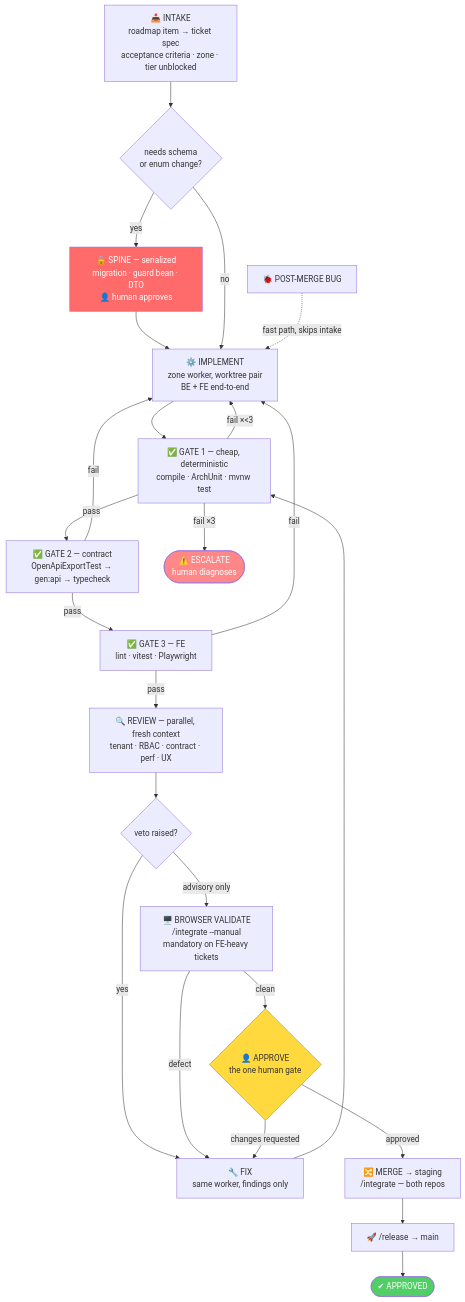
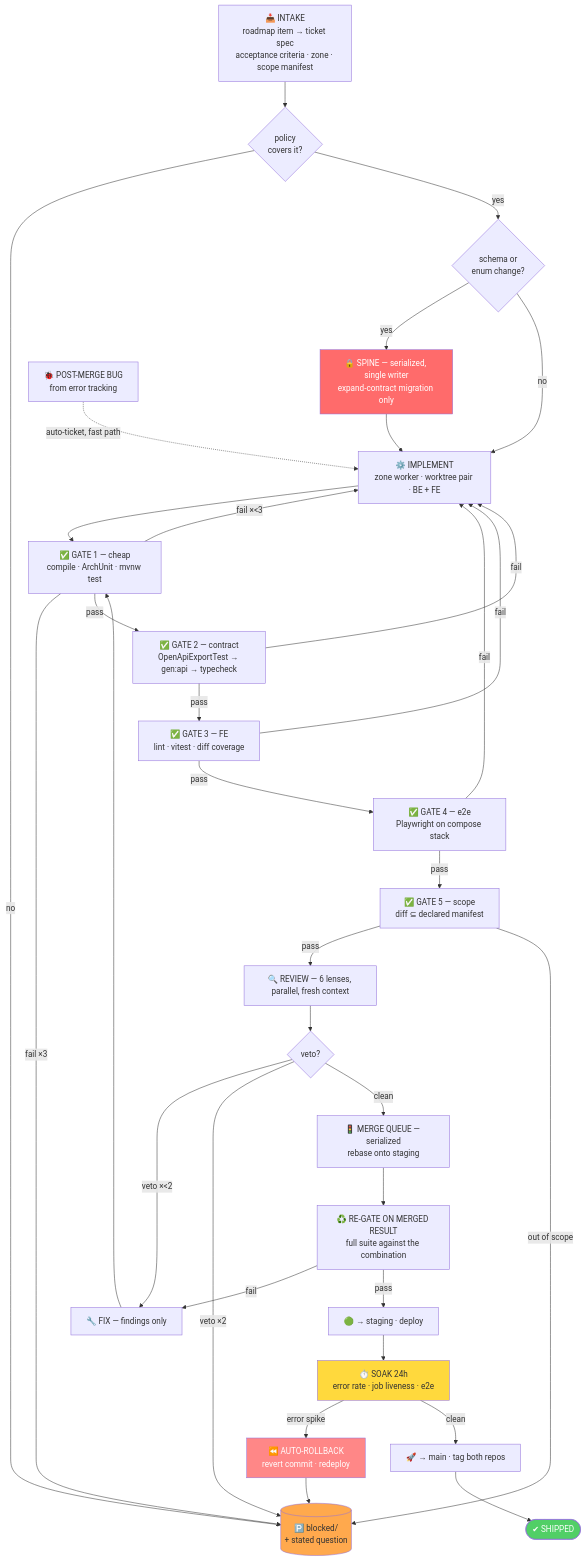
One commit to murad-asaad19/BVisionRY-be-v2 changed the second of 3 diagrams in docs/agent-execution-graph.md. Above: the diagram before and after it, drawn with Mermaid. The commit also changed other lines of this file, not shown here.

First line of the commit message:
Make the execution graph fully autonomous - no human in the loop

````diff
--- a/docs/agent-execution-graph.md
+++ b/docs/agent-execution-graph.md
@@ -140,49 +209,58 @@
 ```mermaid
 flowchart TB
-    IN["📥 INTAKE<br/>roadmap item → ticket spec<br/>acceptance criteria · zone · tier unblocked"]
-    SCHEMA{"needs schema<br/>or enum change?"}
-    SP["🔒 SPINE — serialized<br/>migration · guard bean · DTO<br/>👤 human approves"]
-    IMPL["⚙️ IMPLEMENT<br/>zone worker, worktree pair<br/>BE + FE end-to-end"]
+    IN["📥 INTAKE<br/>roadmap item → ticket spec<br/>acceptance criteria · zone · scope manifest"]
+    POLCHK{"policy<br/>covers it?"}
+    SCHEMA{"schema or<br/>enum change?"}
+    SP["🔒 SPINE — serialized, single writer<br/>expand-contract migration only"]
+    IMPL["⚙️ IMPLEMENT<br/>zone worker · worktree pair · BE + FE"]
 
-    G1["✅ GATE 1 — cheap, deterministic<br/>compile · ArchUnit · mvnw test"]
+    G1["✅ GATE 1 — cheap<br/>compile · ArchUnit · mvnw test"]
     G2["✅ GATE 2 — contract<br/>OpenApiExportTest → gen:api → typecheck"]
-    G3["✅ GATE 3 — FE<br/>lint · vitest · Playwright"]
+    G3["✅ GATE 3 — FE<br/>lint · vitest · diff coverage"]
+    G4["✅ GATE 4 — e2e<br/>Playwright on compose stack"]
+    G5["✅ GATE 5 — scope<br/>diff ⊆ declared manifest"]
 
-    REV["🔍 REVIEW — parallel, fresh context<br/>tenant · RBAC · contract · perf · UX"]
-    VETO{"veto raised?"}
-    FIX["🔧 FIX<br/>same worker, findings only"]
+    REV["🔍 REVIEW — 6 lenses, parallel, fresh context"]
+    VETO{"veto?"}
+    FIX["🔧 FIX — findings only"]
 
-    BROWSER["🖥️ BROWSER VALIDATE<br/>/integrate --manual<br/>mandatory on FE-heavy tickets"]
-    APPROVE{"👤 APPROVE<br/>the one human gate"}
-    MERGE["🔀 MERGE → staging<br/>/integrate — both repos"]
-    REL["🚀 /release → main"]
-    DONE(["✔ APPROVED"])
-    ESC(["⚠️ ESCALATE<br/>human diagnoses"])
+    MQ["🚦 MERGE QUEUE — serialized<br/>rebase onto staging"]
+    REGATE["♻️ RE-GATE ON MERGED RESULT<br/>full suite against the combination"]
+    STG["🟢 → staging · deploy"]
+    SOAK["⏱️ SOAK 24h<br/>error rate · job liveness · e2e"]
+    PROMO["🚀 → main · tag both repos"]
+    RB["⏪ AUTO-ROLLBACK<br/>revert commit · redeploy"]
+    DONE(["✔ SHIPPED"])
+    PARK[("🅿️ blocked/<br/>+ stated question")]
 
-    IN --> SCHEMA
+    IN --> POLCHK
+    POLCHK -->|no| PARK
+    POLCHK -->|yes| SCHEMA
     SCHEMA -->|yes| SP --> IMPL
     SCHEMA -->|no| IMPL
     IMPL --> G1
-    G1 -->|fail ×<3| IMPL
-    G1 -->|fail ×3| ESC
-    G1 -->|pass| G2
+    G1 -->|"fail ×<3"| IMPL
+    G1 -->|"fail ×3"| PARK
+    G1 -->|pass| G2 -->|pass| G3 -->|pass| G4 -->|pass| G5 -->|pass| REV
     G2 -->|fail| IMPL
-    G2 -->|pass| G3
     G3 -->|fail| IMPL
-    G3 -->|pass| REV
+    G4 -->|fail| IMPL
+    G5 -->|"out of scope"| PARK
     REV --> VETO
-    VETO -->|yes| FIX
-    VETO -->|advisory only| BROWSER
-    FIX --> G1
-    BROWSER -->|defect| FIX
-    BROWSER -->|clean| APPROVE
-    APPROVE -->|changes requested| FIX
-    APPROVE -->|approved| MERGE --> REL --> DONE
+    VETO -->|"veto ×<2"| FIX --> G1
+    VETO -->|"veto ×2"| PARK
+    VETO -->|clean| MQ
+    MQ --> REGATE
+    REGATE -->|fail| FIX
+    REGATE -->|pass| STG --> SOAK
+    SOAK -->|"error spike"| RB --> PARK
+    SOAK -->|clean| PROMO --> DONE
 
-    BUG["🐞 POST-MERGE BUG"] -.->|fast path, skips intake| IMPL
+    BUG["🐞 POST-MERGE BUG<br/>from error tracking"] -.->|"auto-ticket, fast path"| IMPL
 
     style SP fill:#ff6b6b,color:#fff
-    style APPROVE fill:#ffd93d
-    style ESC fill:#ff8787,color:#fff
+    style PARK fill:#ffa94d
+    style RB fill:#ff8787,color:#fff
     style DONE fill:#51cf66,color:#fff
+    style SOAK fill:#ffd93d
 ```
````
